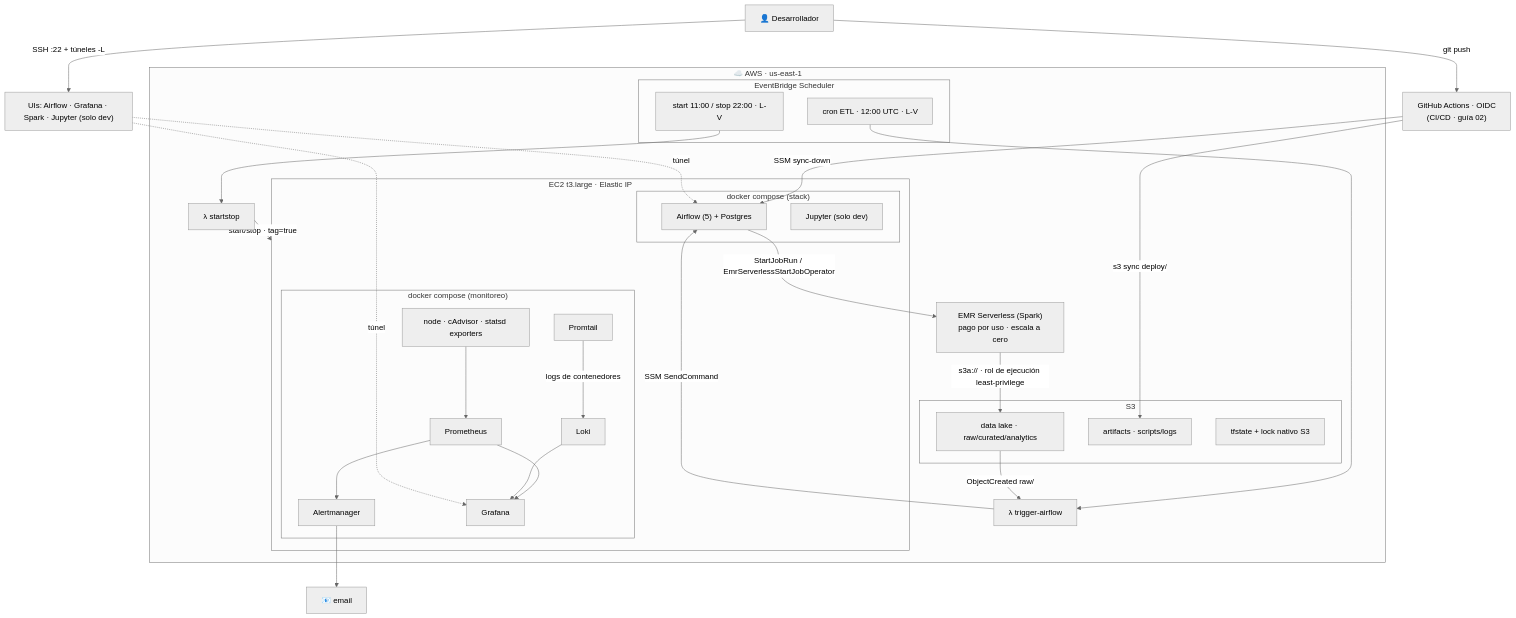
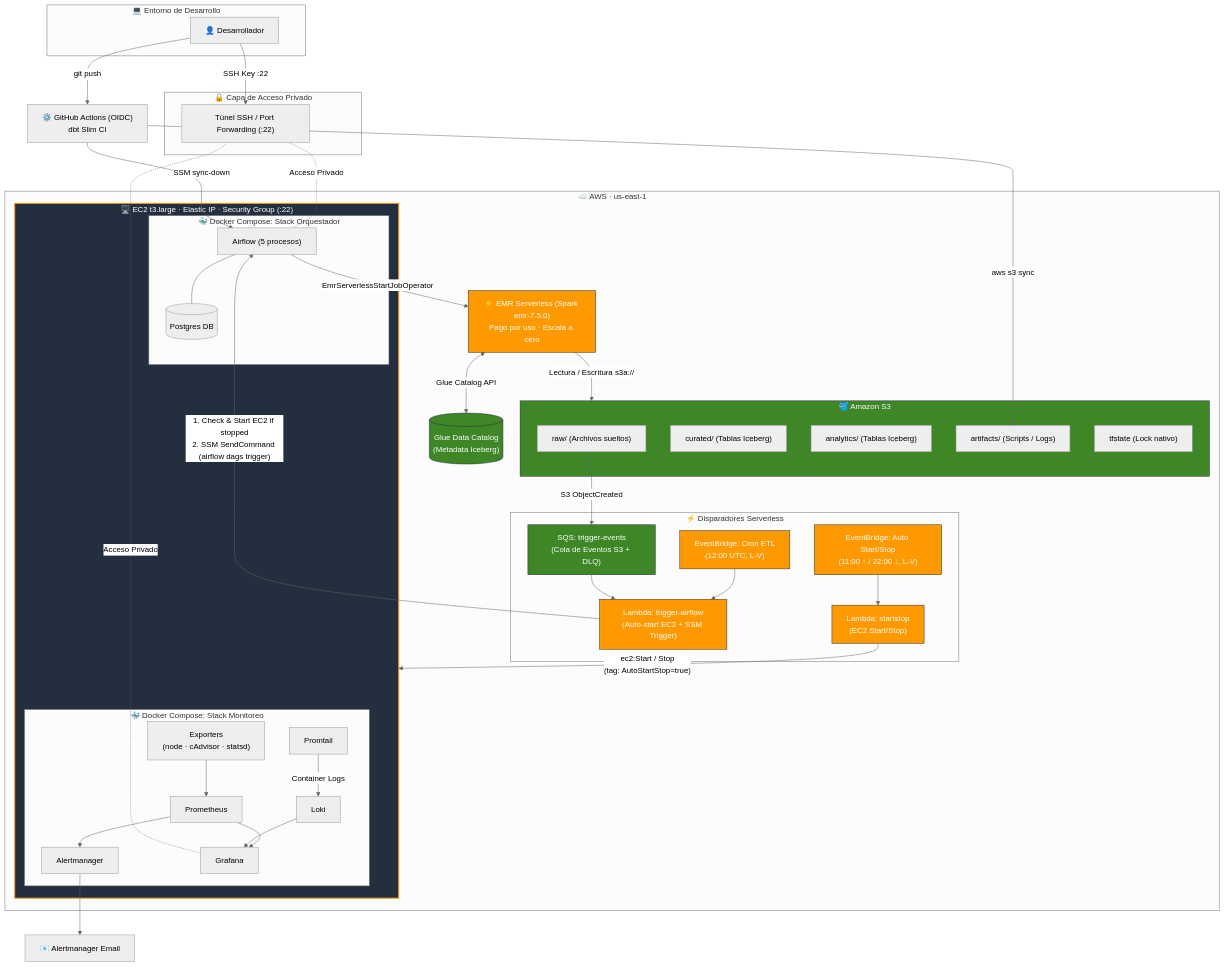
One commit to abantodca/pyspark_stack changed the diagram in docs/03-arquitectura.md. Above: the diagram before and after it, drawn with Mermaid (neutral theme). The commit also changed other lines of this file and 20 other files, not shown here.

````diff
--- a/docs/03-arquitectura.md
+++ b/docs/03-arquitectura.md
@@ -73,58 +105,104 @@
 ```mermaid
 flowchart TD
-    dev["👤 Desarrollador"] -->|"SSH :22 + túneles -L"| ui["UIs: Airflow · Grafana · Spark · Jupyter (solo dev)"]
+    %% --- ACTORES Y ACCESO EXTERNO ---
+    subgraph CLIENT["💻 Entorno de Desarrollo"]
+        dev["👤 Desarrollador"]
+    end
 
+    subgraph ACCESS["🔒 Capa de Acceso Privado"]
+        tunnel["Túnel SSH / Port Forwarding (:22)"]
+    end
+
+    %% --- INFRAESTRUCTURA AWS ---
     subgraph AWS["☁️ AWS · us-east-1"]
-        subgraph EB["EventBridge Scheduler"]
-            cronETL["cron ETL · 12:00 UTC · L-V"]
-            cronSS["start 11:00 / stop 22:00 · L-V"]
+
+        %% DISPARADORES SERVERLESS
+        subgraph TRIGGERS["⚡ Disparadores Serverless"]
+            cronETL["EventBridge: Cron ETL<br/>(12:00 UTC, L-V)"]
+            cronSS["EventBridge: Auto Start/Stop<br/>(11:00 ↑ / 22:00 ↓, L-V)"]
+            sqs["SQS: trigger-events<br/>(Cola de Eventos S3 + DLQ)"]
+            lTrig["Lambda: trigger-airflow<br/>(Auto-start EC2 + SSM Trigger)"]
+            lSS["Lambda: startstop<br/>(EC2 Start/Stop)"]
         end
-        lTrig["λ trigger-airflow"]
-        lSS["λ startstop"]
 
-        subgraph EC2["EC2 t3.large · Elastic IP"]
-            subgraph stack["docker compose (stack)"]
-                af["Airflow (5) + Postgres"]
-                jup["Jupyter (solo dev)"]
+        %% INFRAESTRUCTURA EC2 (ORQUESTACIÓN Y MONITOREO)
+        subgraph EC2["🖥️ EC2 t3.large · Elastic IP · Security Group (:22)"]
+            
+            subgraph ORCH["🐳 Docker Compose: Stack Orquestador"]
+                af["Airflow (5 procesos)"]
+                pg[("Postgres DB")]
+                af --- pg
             end
-            subgraph mon["docker compose (monitoreo)"]
-                exp["node · cAdvisor · statsd exporters"]
+
+            subgraph MON["🐳 Docker Compose: Stack Monitoreo"]
+                exp["Exporters<br/>(node · cAdvisor · statsd)"]
                 prom["Prometheus"]
                 am["Alertmanager"]
                 promtail["Promtail"]
                 loki["Loki"]
                 graf["Grafana"]
+
+                exp --> prom
+                prom --> am
+                prom --> graf
+                promtail -->|"Container Logs"| loki
+                loki --> graf
             end
         end
 
-        emrs["EMR Serverless (Spark)<br/>pago por uso · escala a cero"]
+        %% CÓMPUTO Y DATA LAKE
+        emrs["⚡ EMR Serverless (Spark emr-7.5.0)<br/>Pago por uso · Escala a cero"]
 
-        subgraph S3["S3"]
-            dl["data lake · raw/curated/analytics"]
-            art["artifacts · scripts/logs"]
-            tf["tfstate + lock nativo S3"]
+        subgraph S3["🪣 Amazon S3"]
+            raw["raw/ (Archivos sueltos)"]
+            curated["curated/ (Tablas Iceberg)"]
+            analytics["analytics/ (Tablas Iceberg)"]
+            art["artifacts/ (Scripts / Logs)"]
+            tf["tfstate (Lock nativo)"]
         end
+
+        catalog[("Glue Data Catalog<br/>(Metadata Iceberg)")]
     end
 
-    mail["📧 email"]
-    gha["GitHub Actions · OIDC<br/>(CI/CD · guía 02)"]
+    %% ALERTAS EXTERNAS Y CI/CD
+    mail["📧 Alertmanager Email"]
+    gha["⚙️ GitHub Actions (OIDC)<br/>dbt Slim CI"]
 
+    %% --- FLUJOS Y CONEXIONES ---
+
+    %% Acceso Seguro y UIs
+    dev -->|"SSH Key :22"| tunnel
+    tunnel -.-|"Acceso Privado"| af
+    tunnel -.-|"Acceso Privado"| graf
+
+    %% CI/CD
     dev -->|"git push"| gha
-    gha -->|"s3 sync deploy/"| art
+    gha -->|"aws s3 sync"| art
     gha -->|"SSM sync-down"| af
+
+    %% Flujos de Disparo (Triggers)
+    cronSS --> lSS
+    lSS -->|"ec2:Start / Stop<br/>(tag: AutoStartStop=true)"| EC2
+
     cronETL --> lTrig
-    cronSS --> lSS
-    dl -->|"ObjectCreated raw/"| lTrig
-    lTrig -->|"SSM SendCommand"| af
-    lSS -->|"start/stop · tag=true"| EC2
-    af -->|"StartJobRun / EmrServerlessStartJobOperator"| emrs
-    emrs -->|"s3a:// · rol de ejecución least-privilege"| dl
-    exp --> prom
-    prom --> am
+    raw -->|"S3 ObjectCreated"| sqs
+    sqs --> lTrig
+    lTrig -->|"1. Check & Start EC2 if stopped<br/>2. SSM SendCommand (airflow dags trigger)"| af
+
+    %% Orquestación -> Cómputo -> Storage
+    af -->|"EmrServerlessStartJobOperator"| emrs
+    emrs <-->|"Glue Catalog API"| catalog
+    emrs -->|"Lectura / Escritura s3a://"| S3
+
+    %% Monitoreo
     am --> mail
-    prom --> graf
-    promtail -->|"logs de contenedores"| loki
-    loki --> graf
-    ui -.->|túnel| graf
-    ui -.->|túnel| af
+
+    %% Estilos de Nodos
+    classDef awsService fill:#FF9900,stroke:#232F3E,stroke-width:1px,color:#fff;
+    classDef ec2Box fill:#232F3E,stroke:#FF9900,stroke-width:2px,color:#fff;
+    classDef storage fill:#3F8627,stroke:#232F3E,stroke-width:1px,color:#fff;
+    
+    class lTrig,lSS,emrs,cronETL,cronSS awsService;
+    class EC2 ec2Box;
+    class S3,catalog,sqs storage
 ```
````
